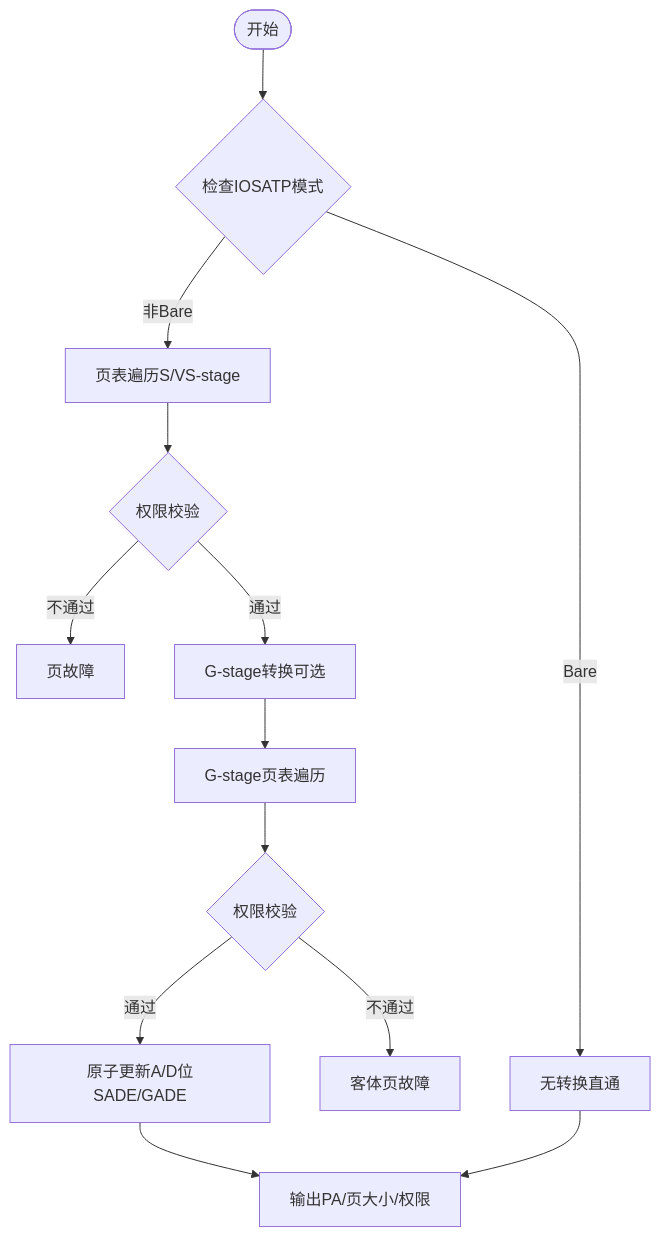
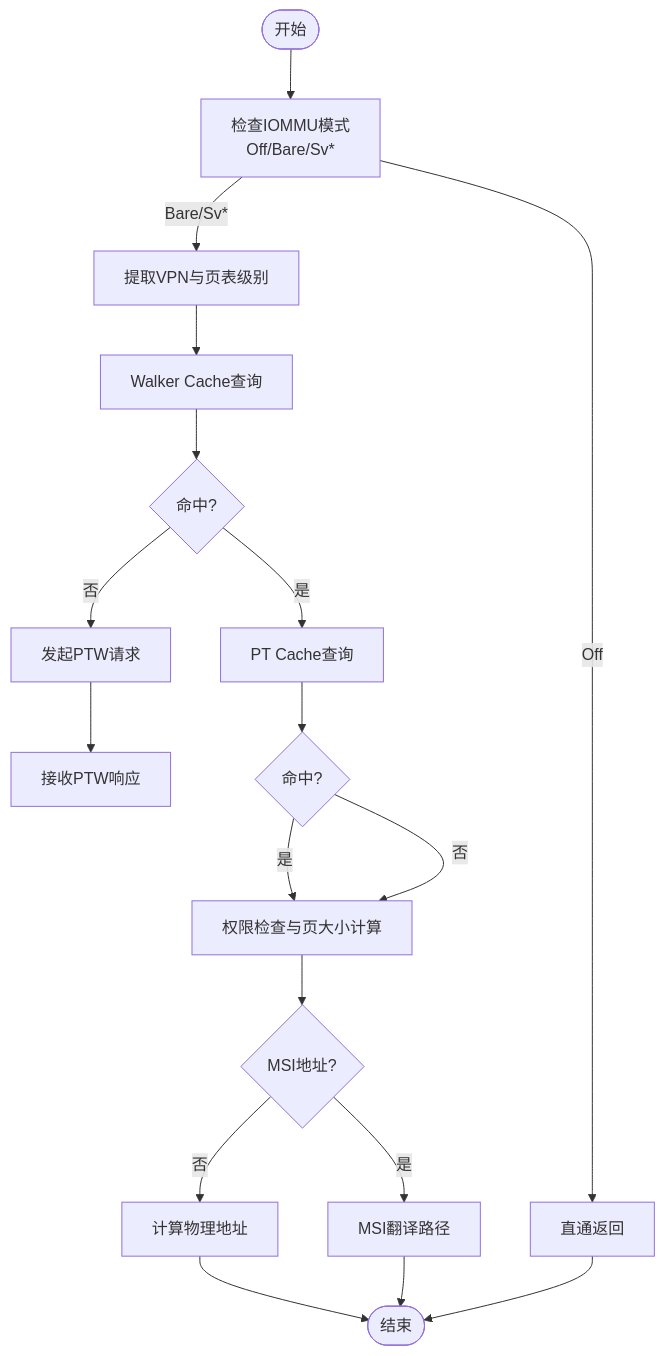
Before and after one commit to jiangjiang1122/iommu_model_20260401_v1: the third of 7 diagrams in .qoder/repowiki/zh/content/项目概述/项目介绍.md, drawn with Mermaid. The commit also changed other lines of this file and 92 other files, not shown here.

````diff
--- a/.qoder/repowiki/zh/content/项目概述/项目介绍.md
+++ b/.qoder/repowiki/zh/content/项目概述/项目介绍.md
@@ -181,15 +140,20 @@
 ```mermaid
 flowchart TD
-START(["开始"]) --> MODE{"检查IOSATP模式"}
-MODE --> |Bare| BARE["无转换直通"]
-MODE --> |非Bare| WALK["页表遍历S/VS-stage"]
-WALK --> PERM{"权限校验"}
-PERM --> |不通过| PF["页故障"]
-PERM --> |通过| GSTART["G-stage转换可选"]
-GSTART --> GWALK["G-stage页表遍历"]
-GWALK --> GPERM{"权限校验"}
-GPERM --> |不通过| GPF["客体页故障"]
-GPERM --> |通过| AD["原子更新A/D位SADE/GADE"]
-AD --> OUT["输出PA/页大小/权限"]
-BARE --> OUT
+START(["开始"]) --> CHECK_MODE["检查IOMMU模式<br/>Off/Bare/Sv*"]
+CHECK_MODE --> |Off| RETURN_DIRECT["直通返回"]
+CHECK_MODE --> |Bare/Sv*| EXTRACT_VPN["提取VPN与页表级别"]
+EXTRACT_VPN --> WALK_STAGE["Walker Cache查询"]
+WALK_STAGE --> HIT{"命中?"}
+HIT --> |是| PTW_LOOKUP["PT Cache查询"]
+HIT --> |否| PTW_REQ["发起PTW请求"]
+PTW_REQ --> PTW_RSP["接收PTW响应"]
+PTW_LOOKUP --> PT_HIT{"命中?"}
+PT_HIT --> |是| PERM_CHECK["权限检查与页大小计算"]
+PT_HIT --> |否| PERM_CHECK
+PERM_CHECK --> MSI_CHECK{"MSI地址?"}
+MSI_CHECK --> |是| MSI_PATH["MSI翻译路径"]
+MSI_CHECK --> |否| PA_CALC["计算物理地址"]
+PA_CALC --> END(["结束"])
+MSI_PATH --> END
+RETURN_DIRECT --> END
 ```
````
